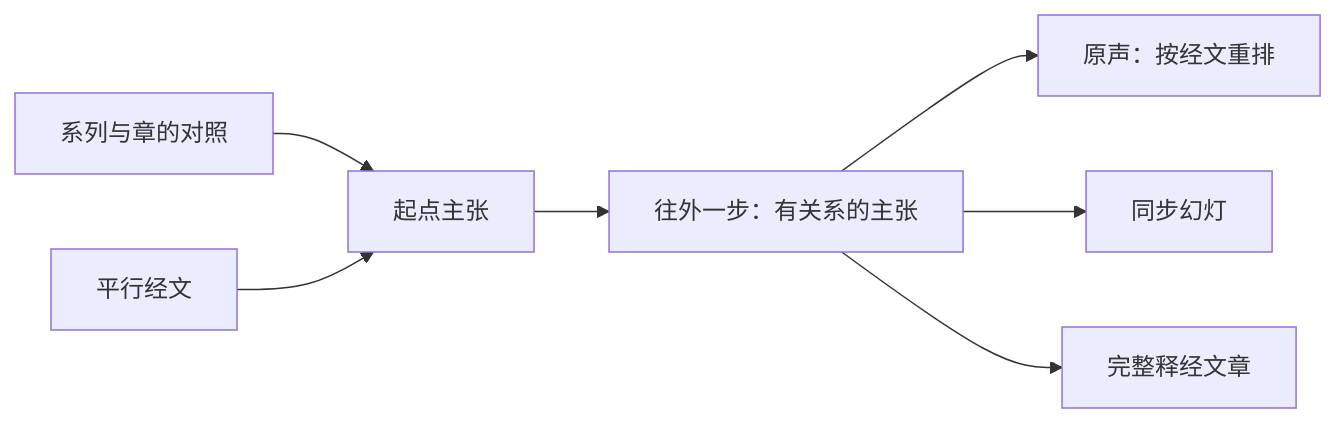
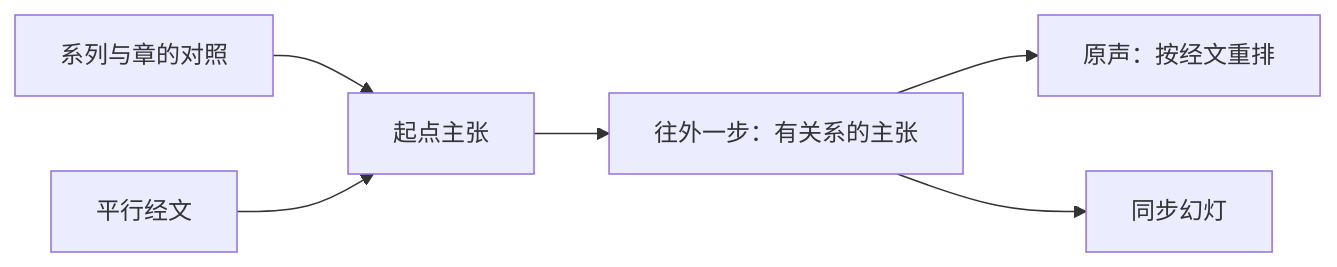
The diagram in docs/wang-knowledge-platform/30-authoring/matthew_chapter_exposition_page_solution.md (junyang168/smart-answer), drawn with Mermaid before and after one commit. The commit also changed other lines of this file and 1 other file, not shown here.

First line of the commit message:
docs: chapter page covers only the NYSC series; drop article and 母本

````diff
--- a/docs/wang-knowledge-platform/30-authoring/matthew_chapter_exposition_page_solution.md
+++ b/docs/wang-knowledge-platform/30-authoring/matthew_chapter_exposition_page_solution.md
@@ -72,9 +70,8 @@
 ```mermaid
 flowchart LR
     SERIES["系列与章的对照"] --> SEED["起点主张"]
     PARALLEL["平行经文"] --> SEED
     SEED --> SELECT["往外一步：有关系的主张"]
     SELECT --> AUDIO["原声：按经文重排"]
     SELECT --> SLIDES["同步幻灯"]
-    SELECT --> ARTICLE["完整释经文章"]
 ```
````
